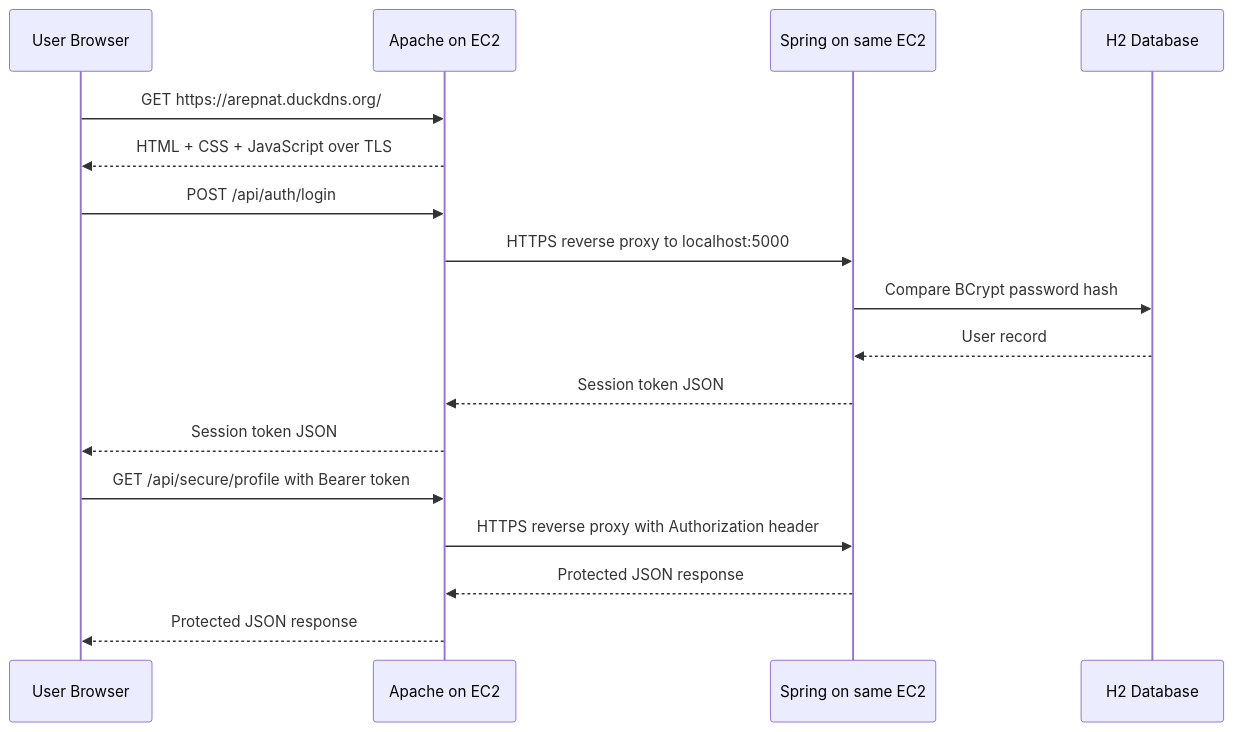
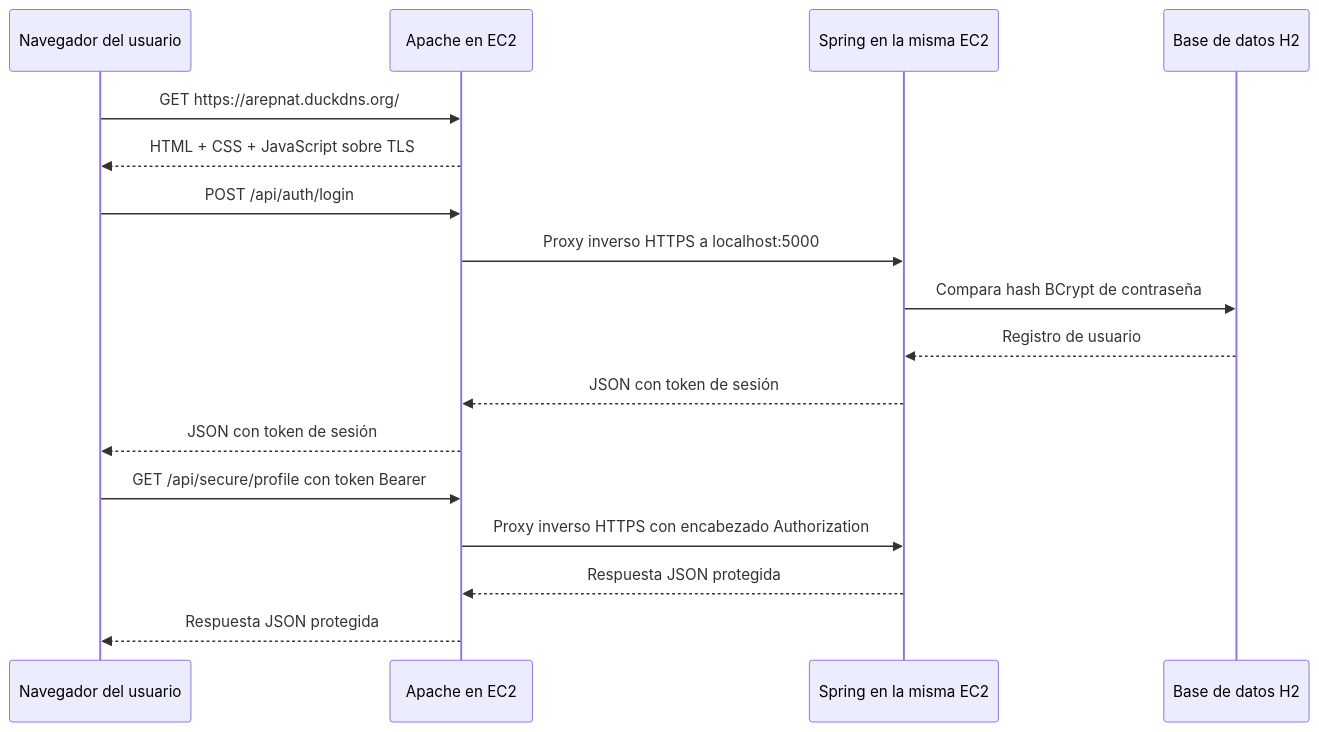
Before and after one commit to Natalia-Espitia/secureapp: the diagram in docs/architecture.md, drawn with Mermaid. The commit also changed other lines of this file and 4 other files, not shown here.

````diff
--- a/docs/architecture.md
+++ b/docs/architecture.md
@@ -35,20 +35,20 @@
 ```mermaid
 sequenceDiagram
-    participant U as User Browser
-    participant A as Apache on EC2
-    participant S as Spring on same EC2
-    participant D as H2 Database
+    participant U as Navegador del usuario
+    participant A as Apache en EC2
+    participant S as Spring en la misma EC2
+    participant D as Base de datos H2
 
     U->>A: GET https://arepnat.duckdns.org/
-    A-->>U: HTML + CSS + JavaScript over TLS
+    A-->>U: HTML + CSS + JavaScript sobre TLS
     U->>A: POST /api/auth/login
-    A->>S: HTTPS reverse proxy to localhost:5000
-    S->>D: Compare BCrypt password hash
-    D-->>S: User record
-    S-->>A: Session token JSON
-    A-->>U: Session token JSON
-    U->>A: GET /api/secure/profile with Bearer token
-    A->>S: HTTPS reverse proxy with Authorization header
-    S-->>A: Protected JSON response
-    A-->>U: Protected JSON response
+    A->>S: Proxy inverso HTTPS a localhost:5000
+    S->>D: Compara hash BCrypt de contraseña
+    D-->>S: Registro de usuario
+    S-->>A: JSON con token de sesión
+    A-->>U: JSON con token de sesión
+    U->>A: GET /api/secure/profile con token Bearer
+    A->>S: Proxy inverso HTTPS con encabezado Authorization
+    S-->>A: Respuesta JSON protegida
+    A-->>U: Respuesta JSON protegida
 ```
````
